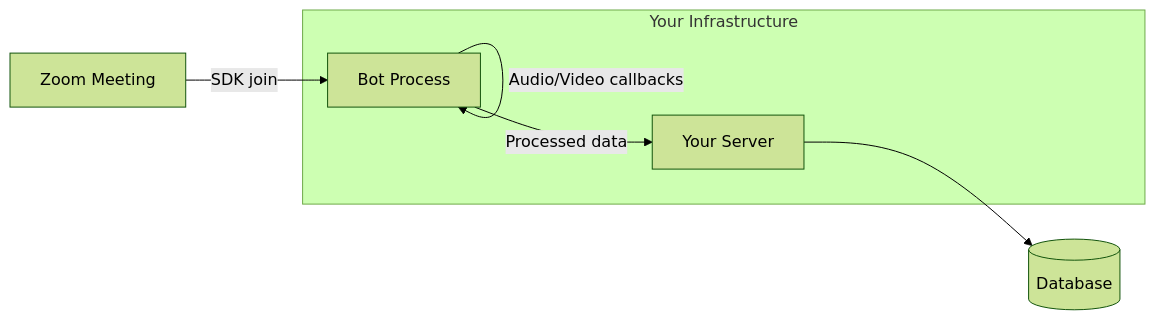
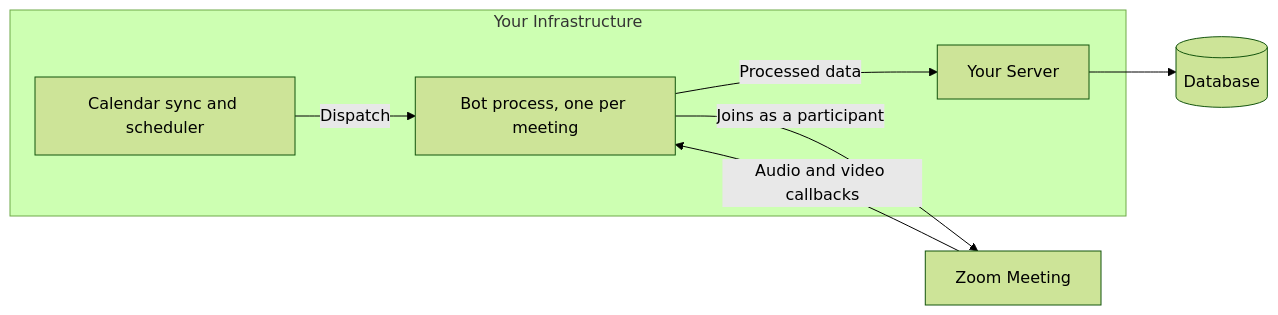
Before and after one commit to zoom/blueprints: the first of 3 diagrams in blueprints/migrate-bot-to-rtms/index.md, drawn with Mermaid (forest theme). The commit also changed other lines of this file, not shown here.

First line of the commit message:
migrate-bot-to-rtms: restructure as a lifecycle guide for the switch to RTMS and the Zoom Apps SDK

````diff
--- a/blueprints/migrate-bot-to-rtms/index.md
+++ b/blueprints/migrate-bot-to-rtms/index.md
@@ -90,11 +89,13 @@
 ```mermaid
 graph LR
     subgraph "Your Infrastructure"
-        B[Bot Process]
+        C[Calendar sync and scheduler]
+        B[Bot process, one per meeting]
         S[Your Server]
     end
-    Z[Zoom Meeting] -->|SDK join| B
-    B -->|Audio/Video callbacks| B
+    C -->|Dispatch| B
+    B -->|Joins as a participant| Z[Zoom Meeting]
+    Z -->|Audio and video callbacks| B
     B -->|Processed data| S
     S --> D[(Database)]
 ```
````
